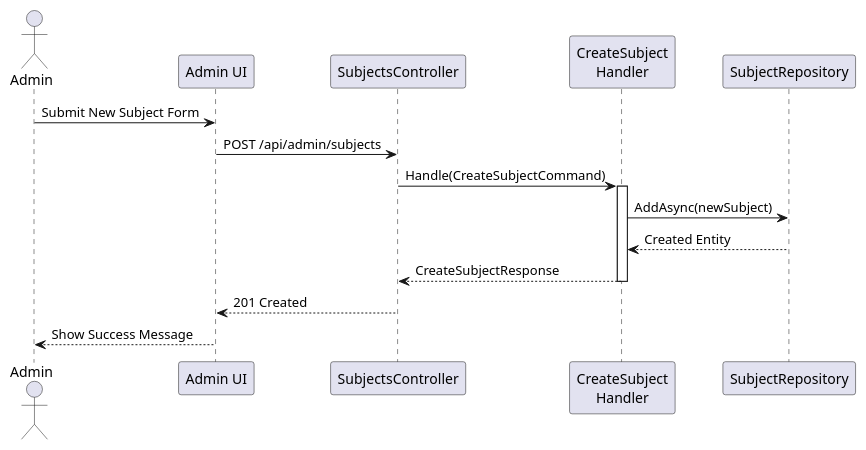
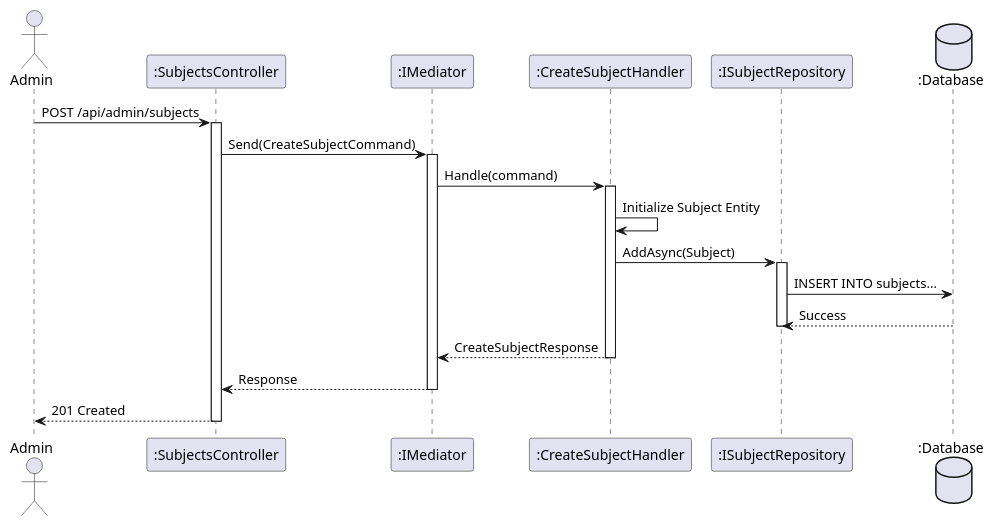
Before and after one commit to FA25SE050-RogueLearn/RogueLearn.BMAD.Documentation: the diagram in docs/srs/diagrams/sequence-diagram/admin-content-subject/create-subject-seq.puml, drawn with PlantUML. The commit also changed other lines of this file and 21 other files, not shown here.

```diff
--- a/docs/srs/diagrams/sequence-diagram/admin-content-subject/create-subject-seq.puml
+++ b/docs/srs/diagrams/sequence-diagram/admin-content-subject/create-subject-seq.puml
@@ -2,20 +1,34 @@
 @startuml
 actor Admin
-participant "Admin UI" as UI
-participant "SubjectsController" as Controller
-participant "CreateSubject\nHandler" as Handler
-participant "SubjectRepository" as DB
+participant ":SubjectsController" as Controller
+participant ":IMediator" as Med
+participant ":CreateSubjectHandler" as Handler
+participant ":ISubjectRepository" as Repo
+database ":Database" as DB
 
-Admin -> UI : Submit New Subject Form
-UI -> Controller : POST /api/admin/subjects
-Controller -> Handler : Handle(CreateSubjectCommand)
+Admin -> Controller : POST /api/admin/subjects
+activate Controller
 
+Controller -> Med : Send(CreateSubjectCommand)
+activate Med
+
+Med -> Handler : Handle(command)
 activate Handler
-    Handler -> DB : AddAsync(newSubject)
-    DB --> Handler : Created Entity
-    Handler --> Controller : CreateSubjectResponse
+
+Handler -> Handler : Initialize Subject Entity
+
+Handler -> Repo : AddAsync(Subject)
+activate Repo
+Repo -> DB : INSERT INTO subjects...
+DB --> Repo : Success
+deactivate Repo
+
+Handler --> Med : CreateSubjectResponse
 deactivate Handler
 
-Controller --> UI : 201 Created
-UI --> Admin : Show Success Message
+Med --> Controller : Response
+deactivate Med
+
+Controller --> Admin : 201 Created
+deactivate Controller
 @enduml
```
